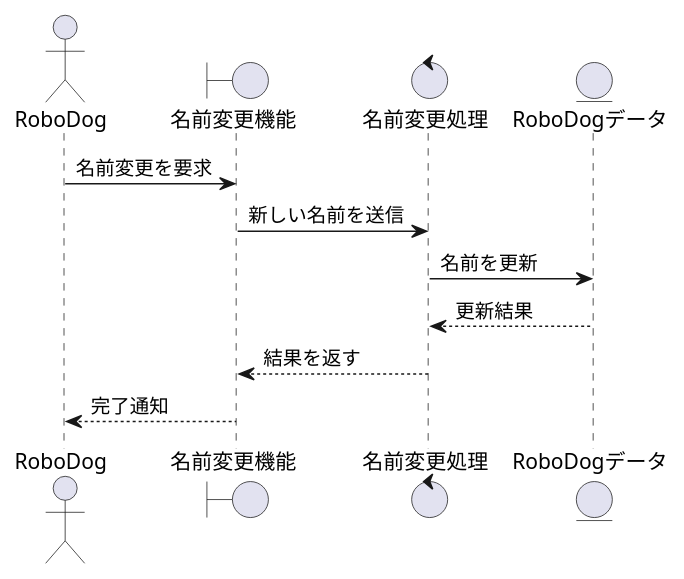
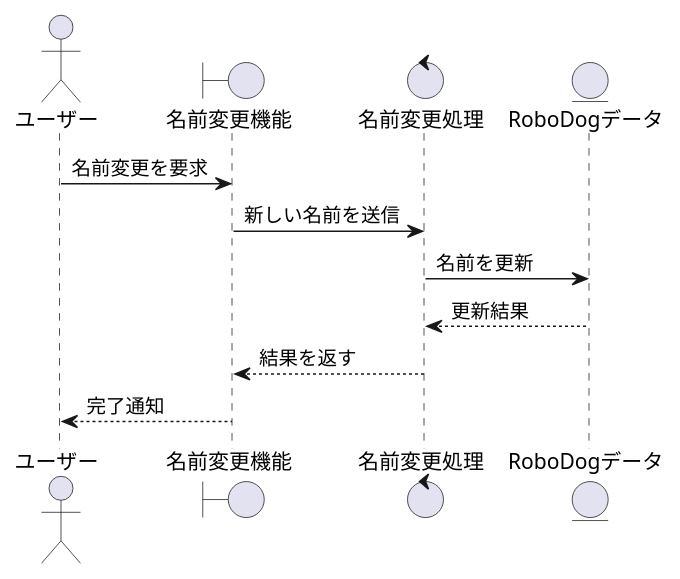
One commit to ko246/ohara_uml changed the diagram in group/06_robo_dog_3/シーケンス図/sequence.pu. Above: the diagram before and after it, drawn with PlantUML. The commit also changed 1 other file, not shown here.

```diff
--- a/group/06_robo_dog_3/シーケンス図/sequence.pu
+++ b/group/06_robo_dog_3/シーケンス図/sequence.pu
@@ -1,14 +1,13 @@
 @startuml
-actor       RoboDog as User
+actor       ユーザー as User
 boundary    名前変更機能 as NameChangeUI
 control     名前変更処理 as NameChangeCtrl
 entity      RoboDogデータ as RoboDogData
 
 User -> NameChangeUI : 名前変更を要求
 NameChangeUI -> NameChangeCtrl : 新しい名前を送信
 NameChangeCtrl -> RoboDogData : 名前を更新
-
 RoboDogData --> NameChangeCtrl : 更新結果
 NameChangeCtrl --> NameChangeUI : 結果を返す
 NameChangeUI --> User : 完了通知
 @enduml
```
